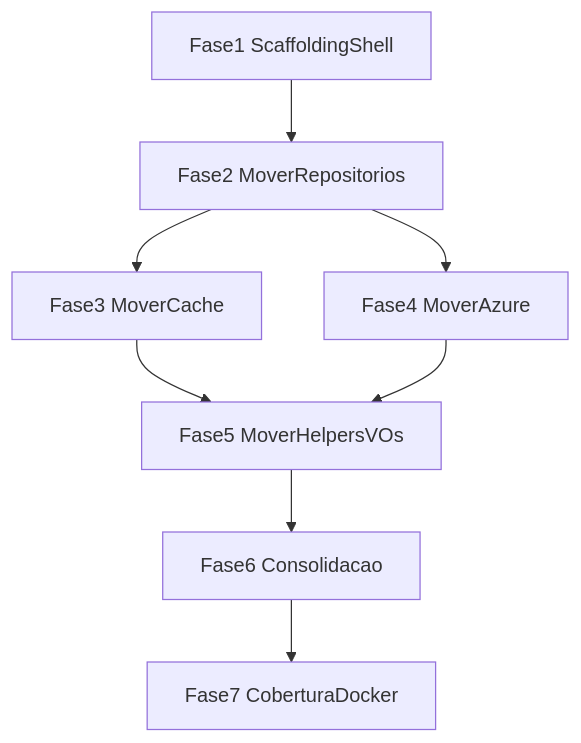
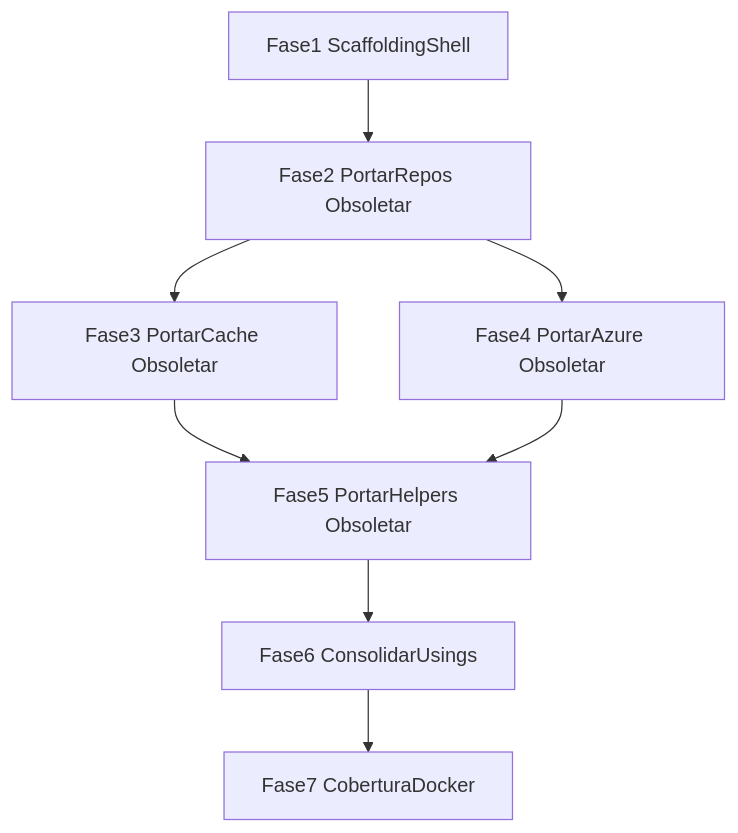
One commit to LeoneRocha/SmartDigitalPsicoAPI changed the diagram in DOCUMENTACAO/SmartDigitalPsicoAPI.Core.SDK/PlanoDeAcao.md. Above: the diagram before and after it, drawn with Mermaid. The commit also changed other lines of this file and 3 other files, not shown here.

````diff
--- a/DOCUMENTACAO/SmartDigitalPsicoAPI.Core.SDK/PlanoDeAcao.md
+++ b/DOCUMENTACAO/SmartDigitalPsicoAPI.Core.SDK/PlanoDeAcao.md
@@ -280,10 +227,10 @@
 ```mermaid
 flowchart TD
-  F1[Fase1 ScaffoldingShell] --> F2[Fase2 MoverRepositorios]
-  F2 --> F3[Fase3 MoverCache]
-  F2 --> F4[Fase4 MoverAzure]
-  F3 --> F5[Fase5 MoverHelpersVOs]
+  F1[Fase1 ScaffoldingShell] --> F2[Fase2 PortarRepos Obsoletar]
+  F2 --> F3[Fase3 PortarCache Obsoletar]
+  F2 --> F4[Fase4 PortarAzure Obsoletar]
+  F3 --> F5[Fase5 PortarHelpers Obsoletar]
   F4 --> F5
-  F5 --> F6[Fase6 Consolidacao]
+  F5 --> F6[Fase6 ConsolidarUsings]
   F6 --> F7[Fase7 CoberturaDocker]
 ```
````
